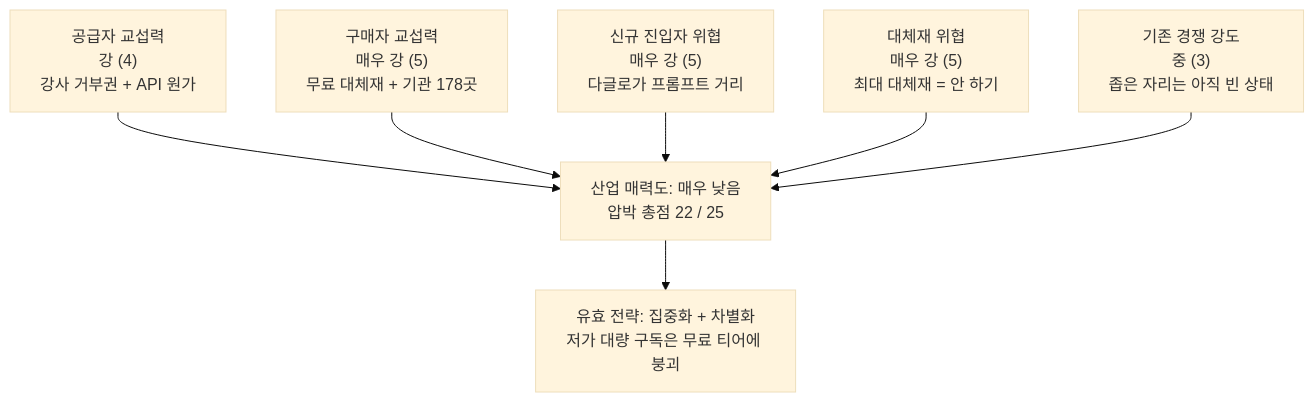
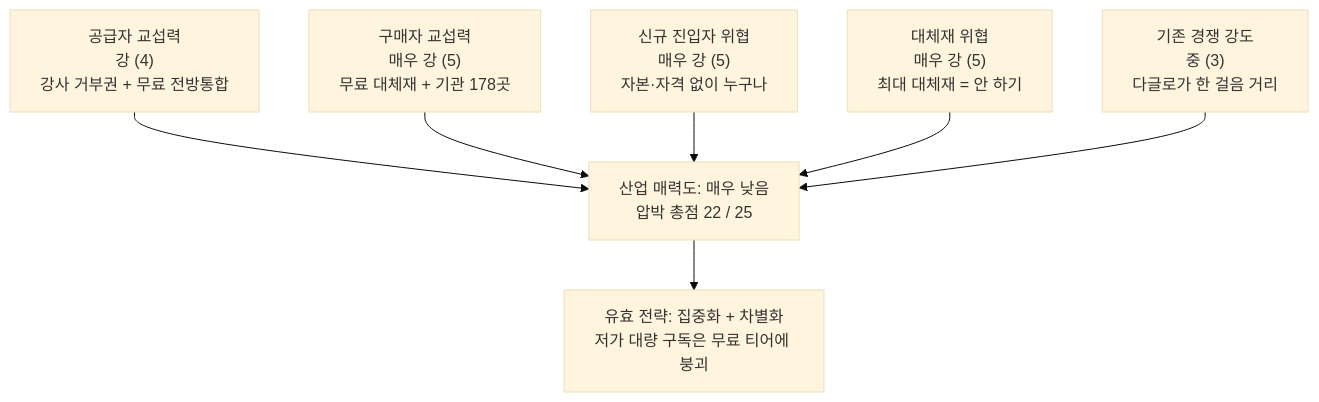
The diagram in 01-porters-five-forces/case-01-kokjip-lecture-review-prioritizer.md (happai079/business-research-kokjip), drawn with Mermaid (base theme) before and after one commit. The commit also changed other lines of this file and 4 other files, not shown here.

````diff
--- a/01-porters-five-forces/case-01-kokjip-lecture-review-prioritizer.md
+++ b/01-porters-five-forces/case-01-kokjip-lecture-review-prioritizer.md
@@ -165,10 +186,10 @@
 ```mermaid
 graph TD
-    B["공급자 교섭력<br/>강 (4)<br/>강사 거부권 + API 원가"] --> A
+    B["공급자 교섭력<br/>강 (4)<br/>강사 거부권 + 무료 전방통합"] --> A
     C["구매자 교섭력<br/>매우 강 (5)<br/>무료 대체재 + 기관 178곳"] --> A
-    D["신규 진입자 위협<br/>매우 강 (5)<br/>다글로가 프롬프트 거리"] --> A
+    D["신규 진입자 위협<br/>매우 강 (5)<br/>자본·자격 없이 누구나"] --> A
     E["대체재 위협<br/>매우 강 (5)<br/>최대 대체재 = 안 하기"] --> A
-    F["기존 경쟁 강도<br/>중 (3)<br/>좁은 자리는 아직 빈 상태"] --> A
+    F["기존 경쟁 강도<br/>중 (3)<br/>다글로가 한 걸음 거리"] --> A
     A["산업 매력도: 매우 낮음<br/>압박 총점 22 / 25"]
     A --> G["유효 전략: 집중화 + 차별화<br/>저가 대량 구독은 무료 티어에 붕괴"]
 ```
````
